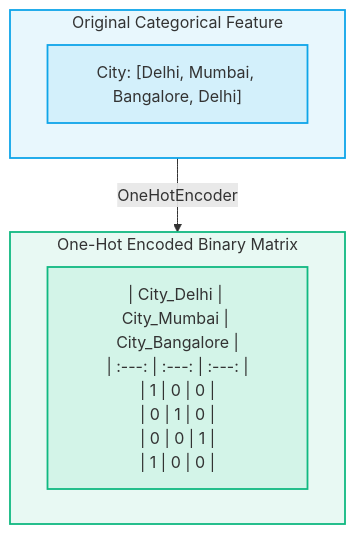
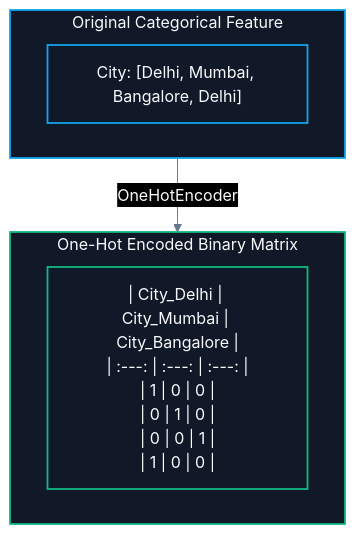
The fourth of 4 diagrams in CS/AI & ML/02. Data Preprocessing/02. Categorical Encoding.md (abhinavbharti2345/CS_Notes), drawn with Mermaid before and after one commit. The commit also changed other lines of this file and 195 other files, not shown here.

````diff
--- a/CS/AI & ML/02. Data Preprocessing/02. Categorical Encoding.md
+++ b/CS/AI & ML/02. Data Preprocessing/02. Categorical Encoding.md
@@ -128,17 +131,18 @@
 ```mermaid
+%%{init: {'theme': 'base', 'themeVariables': { 'darkMode': true, 'background': '#0B0F14', 'mainBkg': '#111827', 'primaryColor': '#111827', 'primaryTextColor': '#F8FAFC', 'primaryBorderColor': '#38BDF8', 'lineColor': '#64748B', 'secondaryColor': '#0B0F14', 'tertiaryColor': '#0B0F14', 'clusterBkg': '#0B0F14', 'clusterBorder': '#38BDF8' }}}%%
 flowchart TD
     subgraph Before ["Original Categorical Feature"]
         C["City: [Delhi, Mumbai, Bangalore, Delhi]"]
     end
 
     subgraph After ["One-Hot Encoded Binary Matrix"]
         M["| City_Delhi | City_Mumbai | City_Bangalore |<br/>| :---: | :---: | :---: |<br/>| 1 | 0 | 0 |<br/>| 0 | 1 | 0 |<br/>| 0 | 0 | 1 |<br/>| 1 | 0 | 0 |"]
     end
 
     Before -->|OneHotEncoder| After
 
-    classDef before fill:#0ea5e918,stroke:#0ea5e9,stroke-width:1.8px;
-    classDef after fill:#10b98118,stroke:#10b981,stroke-width:1.8px;
+    classDef before fill:#111827,stroke:#0ea5e9,stroke-width:1.8px,color:#F8FAFC;
+    classDef after fill:#111827,stroke:#10b981,stroke-width:1.8px,color:#F8FAFC;
     class Before,C before;
     class After,M after;
 ```
````
